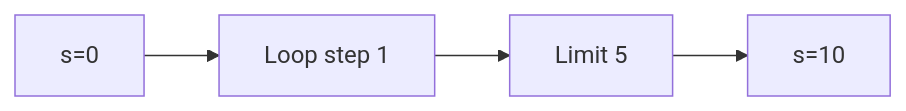
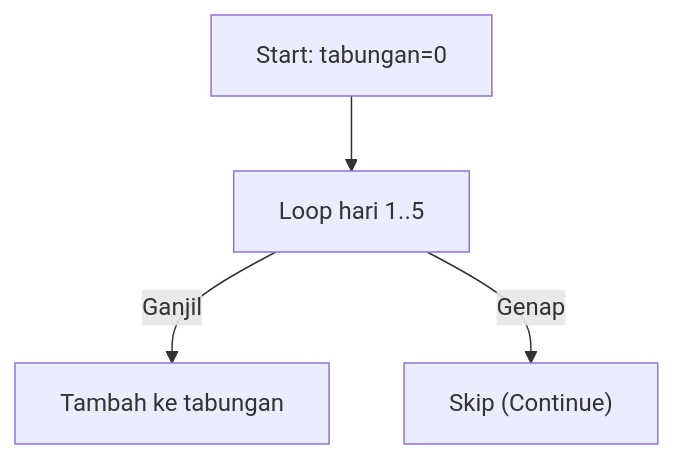
The fourth of 25 diagrams in part-c-pemahaman-cpp/03-perulangan/latihan/set-07.md (amnahwaida/OSNK_INF_PREP), drawn with Mermaid before and after one commit. The commit also changed other lines of this file and 71 other files, not shown here.

````diff
--- a/part-c-pemahaman-cpp/03-perulangan/latihan/set-07.md
+++ b/part-c-pemahaman-cpp/03-perulangan/latihan/set-07.md
@@ -102,6 +120,6 @@
 ```mermaid
-graph LR
-A["s=0"] --> B["Loop step 1"]
-B --> C["Limit 5"]
-C --> D["s=10"]
+graph TD
+A["Start: tabungan=0"] --> B["Loop hari 1..5"]
+B -- Ganjil --> C["Tambah ke tabungan"]
+B -- Genap --> D["Skip (Continue)"]
 ```
````
